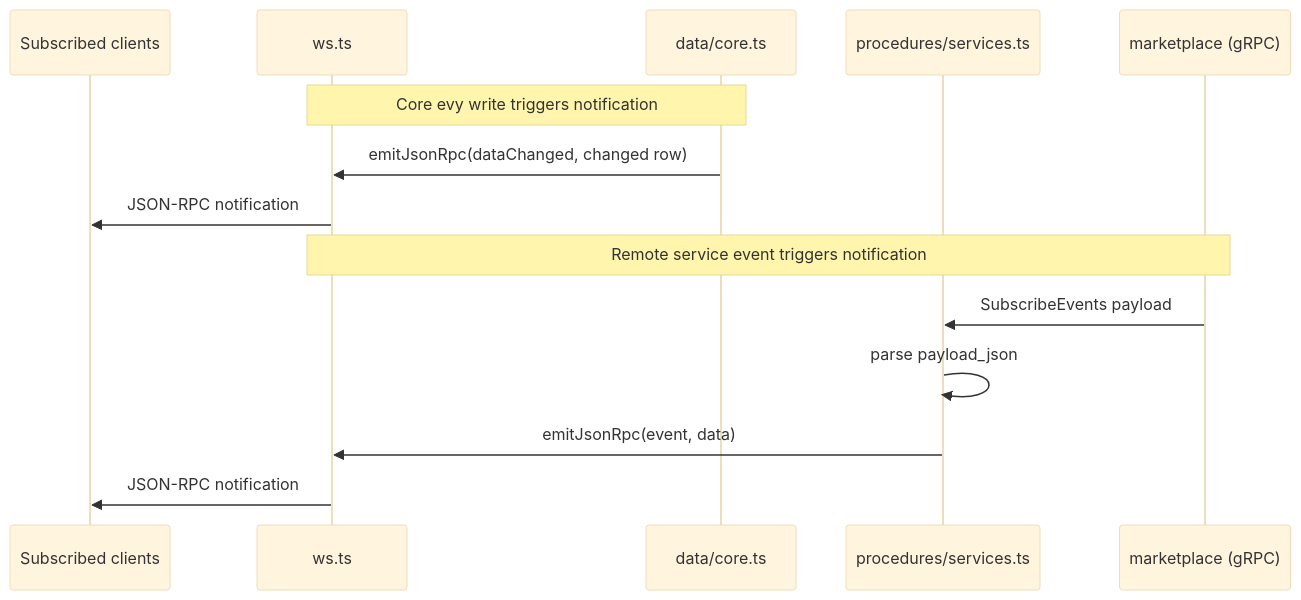
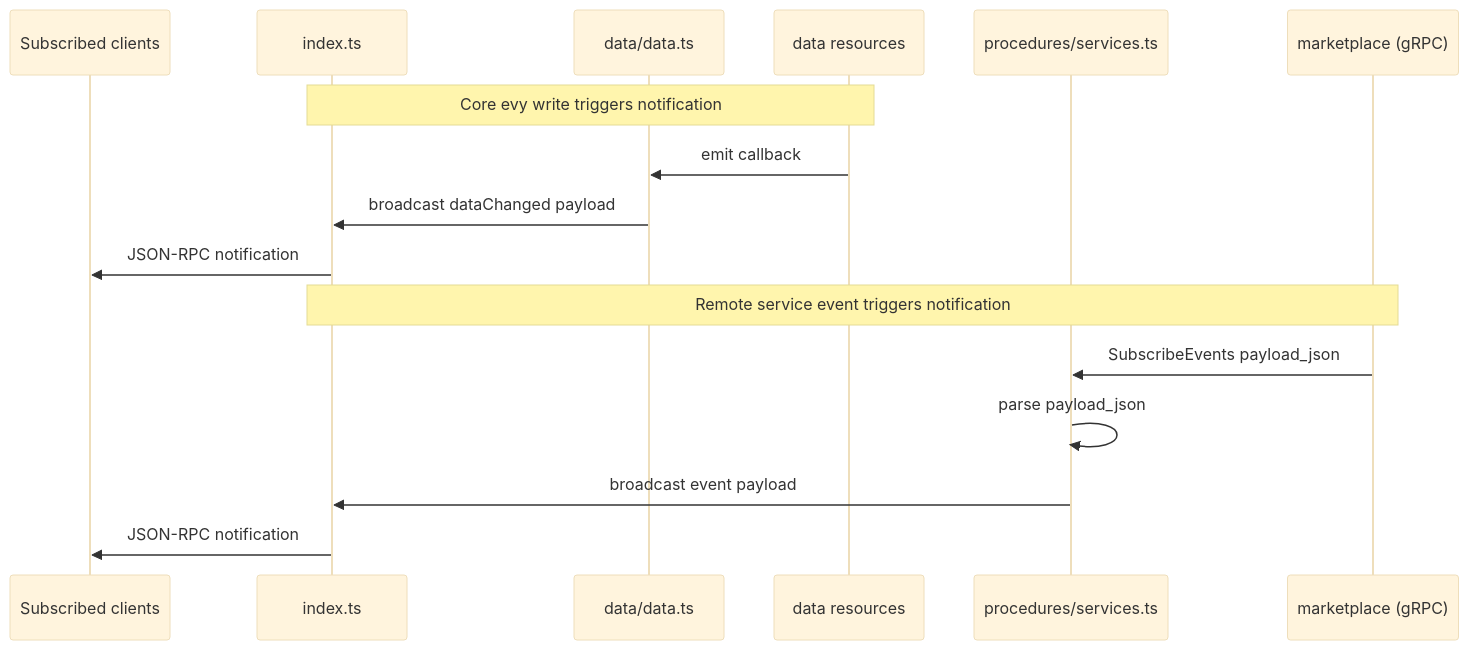
One commit to EVY-Platform/evy changed the second of 2 diagrams in api/README.md. Above: the diagram before and after it, drawn with Mermaid (base theme). The commit also changed other lines of this file and 34 other files, not shown here.

````diff
--- a/api/README.md
+++ b/api/README.md
@@ -55,18 +46,20 @@
 ```mermaid
 sequenceDiagram
     participant Client as Subscribed clients
-    participant ws as ws.ts
-    participant data as data/core.ts
+    participant index as index.ts
+    participant data as data/data.ts
+    participant resource as data resources
     participant services as procedures/services.ts
     participant marketplace as marketplace (gRPC)
 
-    Note over data,ws: Core evy write triggers notification
-    data->>ws: emitJsonRpc(dataChanged, changed row)
-    ws->>Client: JSON-RPC notification
+    Note over resource,index: Core evy write triggers notification
+    resource->>data: emit callback
+    data->>index: broadcast dataChanged payload
+    index->>Client: JSON-RPC notification
 
-    Note over marketplace,ws: Remote service event triggers notification
-    marketplace->>services: SubscribeEvents payload
+    Note over marketplace,index: Remote service event triggers notification
+    marketplace->>services: SubscribeEvents payload_json
     services->>services: parse payload_json
-    services->>ws: emitJsonRpc(event, data)
-    ws->>Client: JSON-RPC notification
+    services->>index: broadcast event payload
+    index->>Client: JSON-RPC notification
 ```
````
